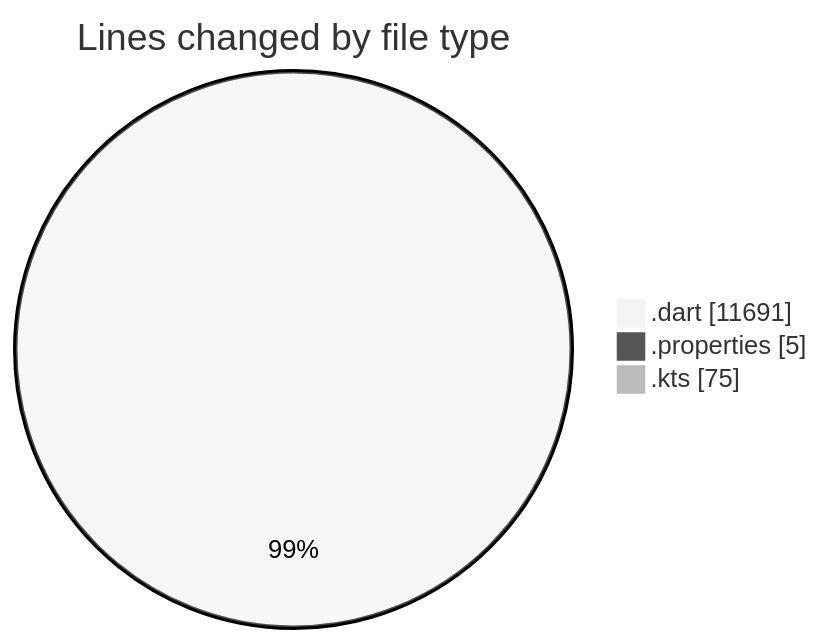
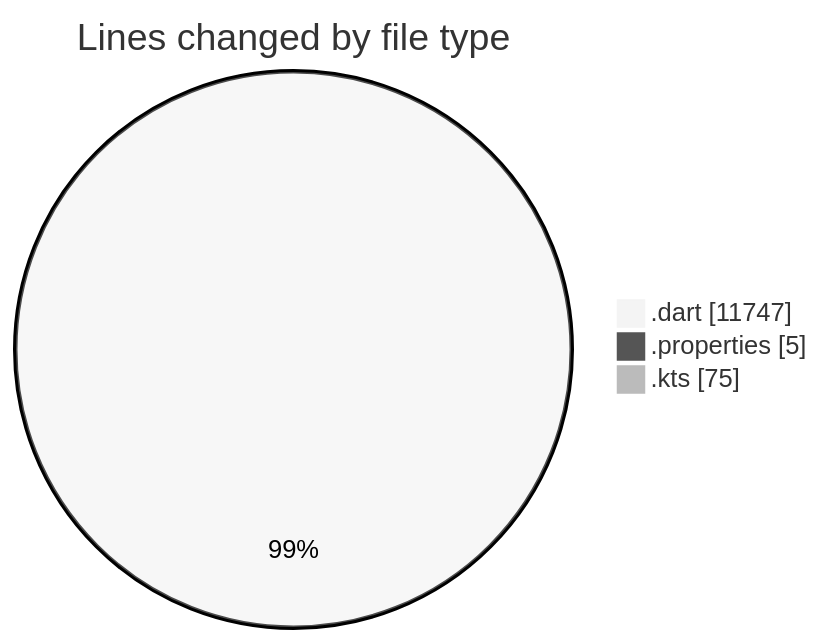
One commit to lephambinh05/code-tracking changed the first of 2 diagrams in 2025-08-25/studybuddy/README.md. Above: the diagram before and after it, drawn with Mermaid (neutral theme). The commit also changed other lines of this file and 1 other file, not shown here.

````diff
--- a/2025-08-25/studybuddy/README.md
+++ b/2025-08-25/studybuddy/README.md
@@ -49,7 +49,7 @@
 ```mermaid
 pie showData
 title Lines changed by file type
-".dart" : 11691
+".dart" : 11747
 ".properties" : 5
 ".kts" : 75
 ```
````
